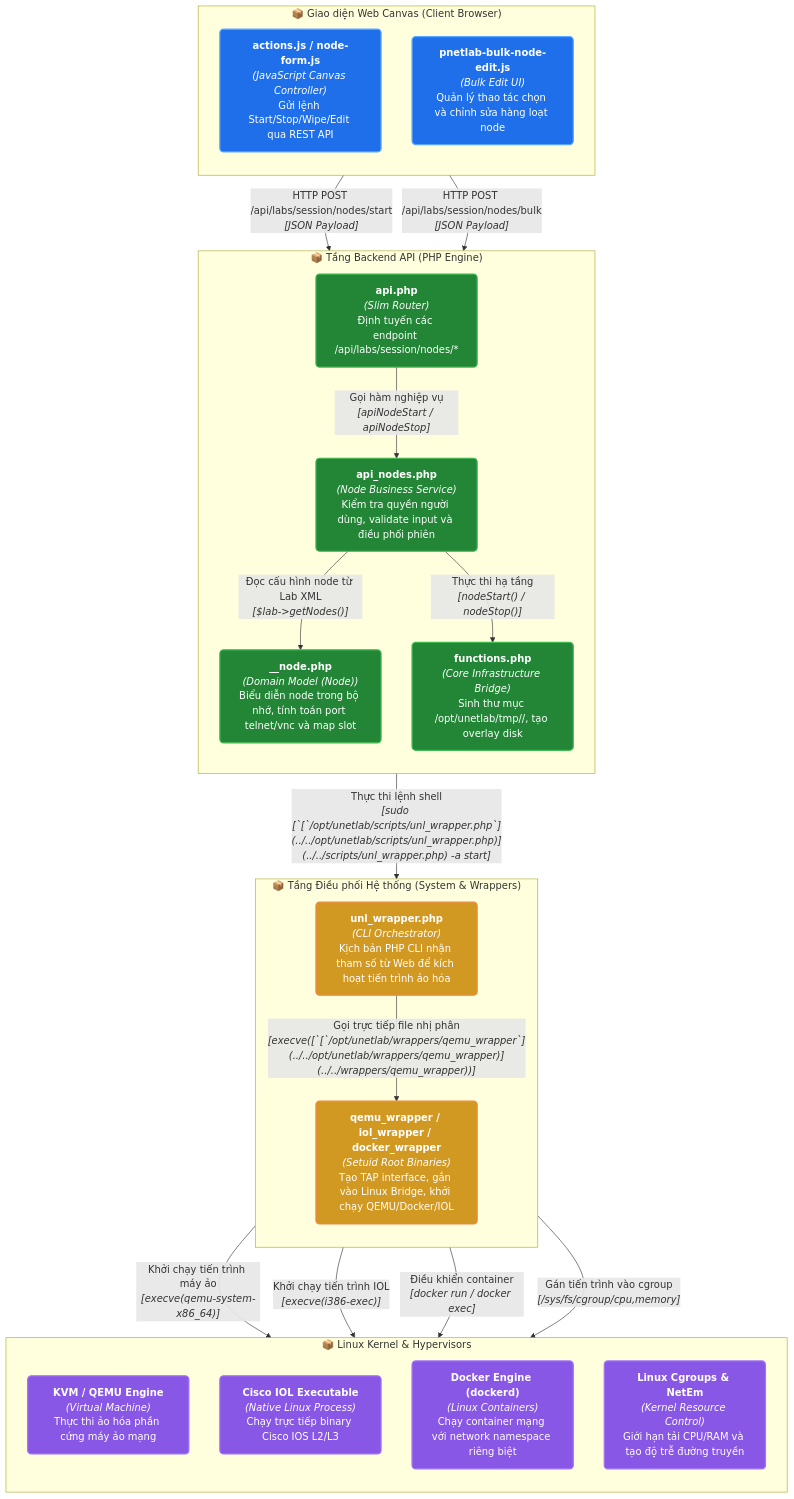
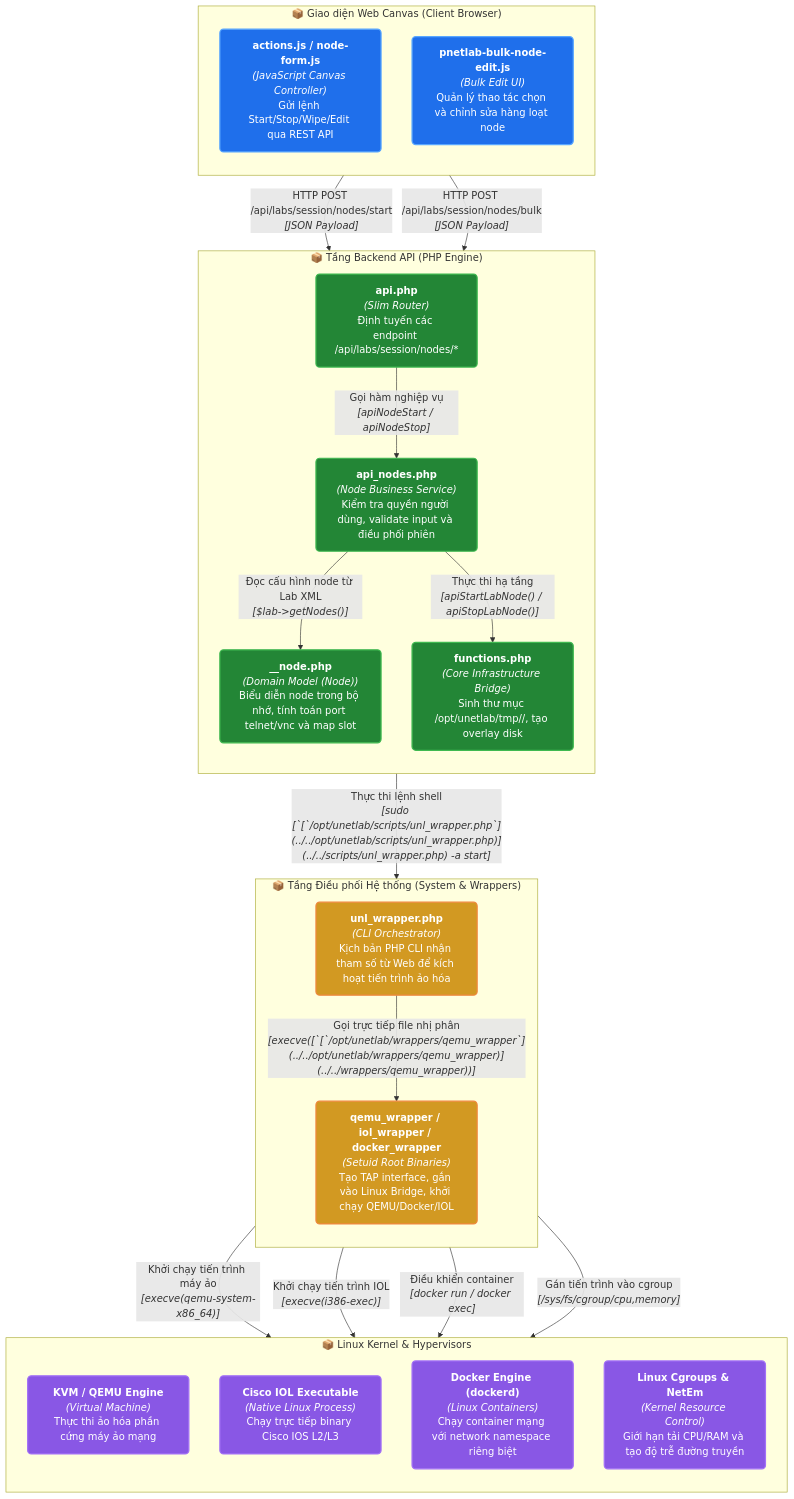
The diagram in docs/01-feature-groups/01-node-lifecycle-emulation.md (Luuxinhxinh/pnet-v8), drawn with Mermaid before and after one commit. The commit also changed other lines of this file and 39 other files, not shown here.

````diff
--- a/docs/01-feature-groups/01-node-lifecycle-emulation.md
+++ b/docs/01-feature-groups/01-node-lifecycle-emulation.md
@@ -60,50 +60,50 @@
 ```mermaid
 flowchart TD
     %% Styling classes
     classDef ui fill:#1f6feb,stroke:#58a6ff,stroke-width:2px,color:#ffffff,rx:6px,ry:6px;
     classDef api fill:#238636,stroke:#3fb950,stroke-width:2px,color:#ffffff,rx:6px,ry:6px;
     classDef wrap fill:#d29922,stroke:#f0883e,stroke-width:2px,color:#ffffff,rx:6px,ry:6px;
     classDef kernel fill:#8957e5,stroke:#a371f7,stroke-width:2px,color:#ffffff,rx:6px,ry:6px;
     classDef storage fill:#21262d,stroke:#8b949e,stroke-width:1.5px,color:#c9d1d9,rx:6px,ry:6px;
 
     subgraph SG_web_ui [" 📦 Giao diện Web Canvas (Client Browser) "]
         direction TB
         actions_js["<b>actions.js / node-form.js</b><br/><i>(JavaScript Canvas Controller)</i><br/>Gửi lệnh Start/Stop/Wipe/Edit qua REST API"]:::ui
         bulk_js["<b>pnetlab-bulk-node-edit.js</b><br/><i>(Bulk Edit UI)</i><br/>Quản lý thao tác chọn và chỉnh sửa hàng loạt node"]:::ui
     end
 
     subgraph SG_php_engine [" 📦 Tầng Backend API (PHP Engine) "]
         direction TB
         api_router["<b>api.php</b><br/><i>(Slim Router)</i><br/>Định tuyến các endpoint /api/labs/session/nodes/*"]:::api
         api_nodes["<b>api_nodes.php</b><br/><i>(Node Business Service)</i><br/>Kiểm tra quyền người dùng, validate input và điều phối phiên"]:::api
         node_model["<b>__node.php</b><br/><i>(Domain Model (Node))</i><br/>Biểu diễn node trong bộ nhớ, tính toán port telnet/vnc và map slot"]:::api
         functions_core["<b>functions.php</b><br/><i>(Core Infrastructure Bridge)</i><br/>Sinh thư mục /opt/unetlab/tmp/<pod>/<id>, tạo overlay disk"]:::api
     end
 
     subgraph SG_system_layer [" 📦 Tầng Điều phối Hệ thống (System & Wrappers) "]
         direction TB
         unl_wrapper_php["<b>unl_wrapper.php</b><br/><i>(CLI Orchestrator)</i><br/>Kịch bản PHP CLI nhận tham số từ Web để kích hoạt tiến trình ảo hóa"]:::wrap
         c_wrappers["<b>qemu_wrapper / iol_wrapper / docker_wrapper</b><br/><i>(Setuid Root Binaries)</i><br/>Tạo TAP interface, gắn vào Linux Bridge, khởi chạy QEMU/Docker/IOL"]:::wrap
     end
 
     subgraph SG_kernel_layer [" 📦 Linux Kernel & Hypervisors "]
         direction TB
         kvm_qemu["<b>KVM / QEMU Engine</b><br/><i>(Virtual Machine)</i><br/>Thực thi ảo hóa phần cứng máy ảo mạng"]:::kernel
         iol_exec["<b>Cisco IOL Executable</b><br/><i>(Native Linux Process)</i><br/>Chạy trực tiếp binary Cisco IOS L2/L3"]:::kernel
         docker_engine["<b>Docker Engine (dockerd)</b><br/><i>(Linux Containers)</i><br/>Chạy container mạng với network namespace riêng biệt"]:::kernel
         cgroups["<b>Linux Cgroups & NetEm</b><br/><i>(Kernel Resource Control)</i><br/>Giới hạn tải CPU/RAM và tạo độ trễ đường truyền"]:::kernel
     end
 
     %% Quan hệ giữa các thành phần
     actions_js -->|"HTTP POST /api/labs/session/nodes/start<br/><i>[JSON Payload]</i>"| api_router
     bulk_js -->|"HTTP POST /api/labs/session/nodes/bulk<br/><i>[JSON Payload]</i>"| api_router
     api_router -->|"Gọi hàm nghiệp vụ<br/><i>[apiNodeStart / apiNodeStop]</i>"| api_nodes
     api_nodes -->|"Đọc cấu hình node từ Lab XML<br/><i>[$lab->getNodes()]</i>"| node_model
-    api_nodes -->|"Thực thi hạ tầng<br/><i>[nodeStart() / nodeStop()]</i>"| functions_core
+    api_nodes -->|"Thực thi hạ tầng<br/><i>[apiStartLabNode() / apiStopLabNode()]</i>"| functions_core
     functions_core -->|"Thực thi lệnh shell<br/><i>[sudo [`[`/opt/unetlab/scripts/unl_wrapper.php`](../../opt/unetlab/scripts/unl_wrapper.php)](../../scripts/unl_wrapper.php) -a start]</i>"| unl_wrapper_php
     unl_wrapper_php -->|"Gọi trực tiếp file nhị phân<br/><i>[execve([`[`/opt/unetlab/wrappers/qemu_wrapper`](../../opt/unetlab/wrappers/qemu_wrapper)](../../wrappers/qemu_wrapper))]</i>"| c_wrappers
     c_wrappers -->|"Khởi chạy tiến trình máy ảo<br/><i>[execve(qemu-system-x86_64)]</i>"| kvm_qemu
     c_wrappers -->|"Khởi chạy tiến trình IOL<br/><i>[execve(i386-exec)]</i>"| iol_exec
     c_wrappers -->|"Điều khiển container<br/><i>[docker run / docker exec]</i>"| docker_engine
     c_wrappers -->|"Gán tiến trình vào cgroup<br/><i>[/sys/fs/cgroup/cpu,memory]</i>"| cgroups
 ```
````
